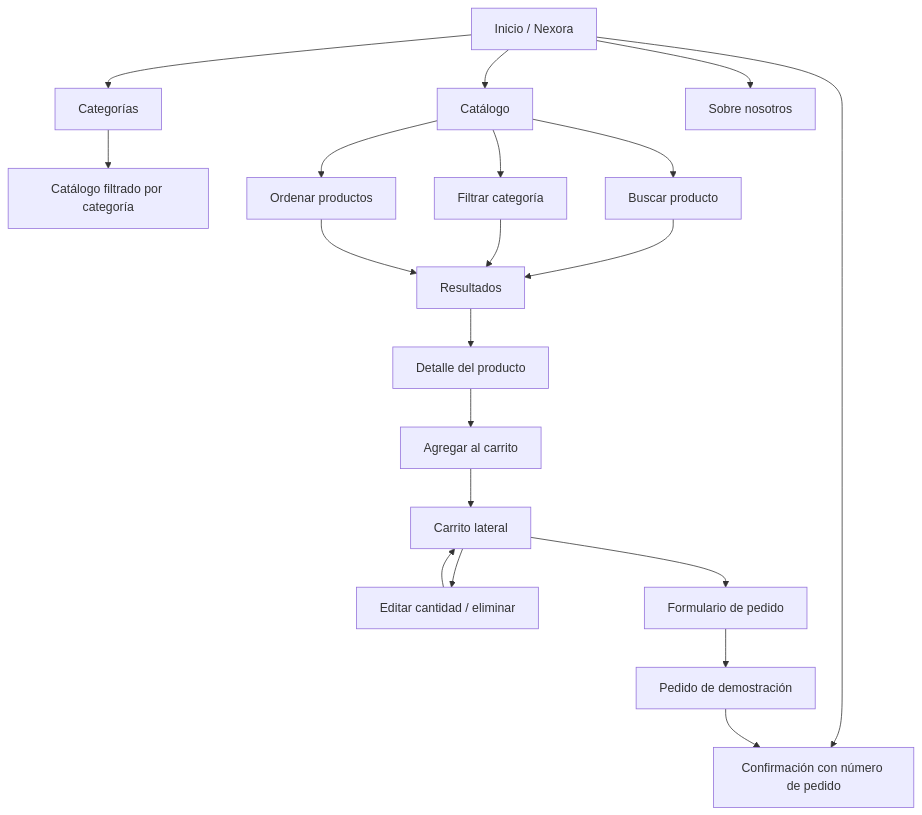
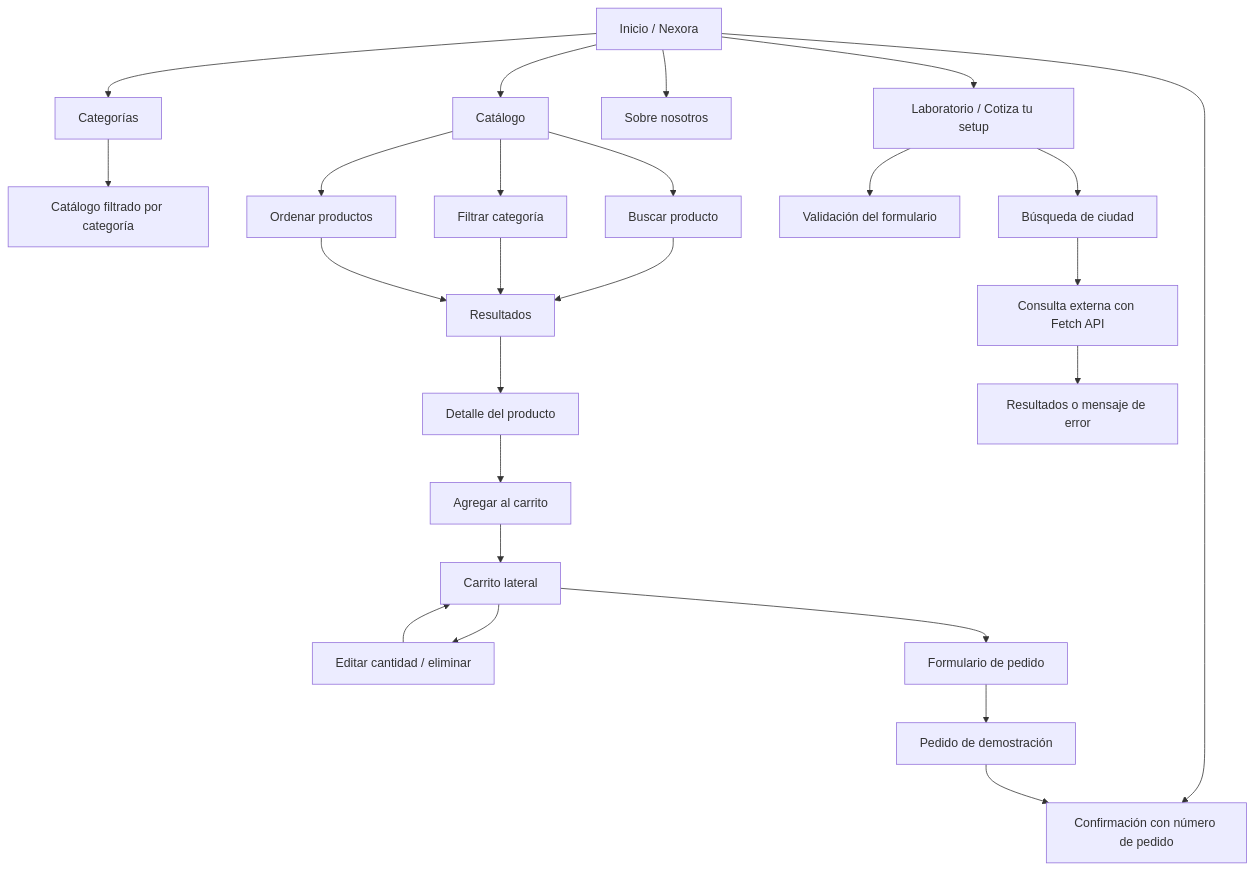
Before and after one commit to afelipe096/proyecto_ingWeb: the diagram in docs/MAPA-NAVEGACION.md, drawn with Mermaid. The commit also changed other lines of this file and 13 other files, not shown here.

Commit message:
Se completó la validación de formularios y la asincronía con Fetch API

````diff
--- a/docs/MAPA-NAVEGACION.md
+++ b/docs/MAPA-NAVEGACION.md
@@ -5,22 +5,27 @@
 ```mermaid
 flowchart TD
     A[Inicio / Nexora] --> B[Catálogo]
     A --> C[Categorías]
     A --> D[Sobre nosotros]
+    A --> X[Laboratorio / Cotiza tu setup]
     A --> P[Panel de demostración]
     C --> E[Catálogo filtrado por categoría]
     B --> F[Buscar producto]
     B --> G[Filtrar categoría]
     B --> H[Ordenar productos]
     F --> I[Resultados]
     G --> I
     H --> I
     I --> J[Detalle del producto]
     J --> K[Agregar al carrito]
     K --> L[Carrito lateral]
     L --> M[Editar cantidad / eliminar]
     M --> L
     L --> N[Formulario de pedido]
     N --> O[Pedido de demostración]
     O --> P[Confirmación con número de pedido]
+    X --> Q[Validación del formulario]
+    X --> R[Búsqueda de ciudad]
+    R --> S[Consulta externa con Fetch API]
+    S --> T[Resultados o mensaje de error]
 ```
````
